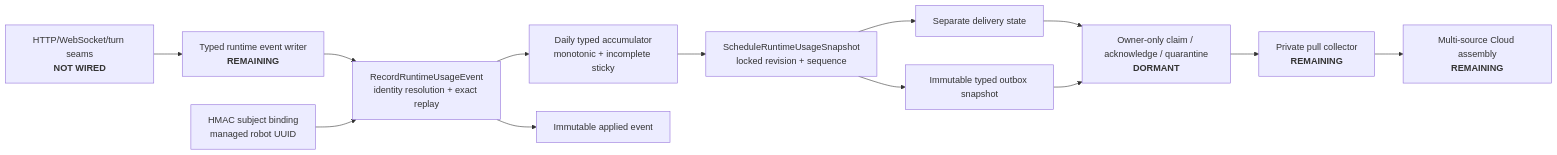
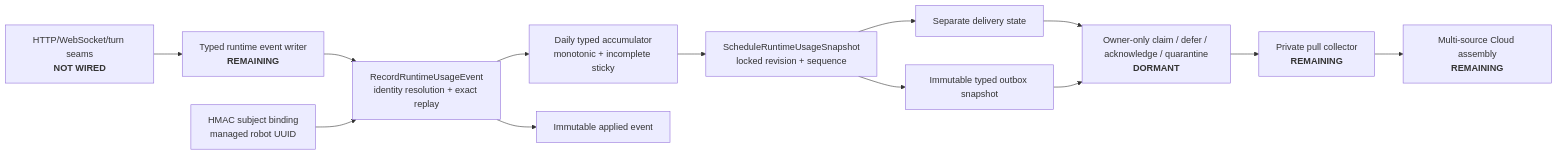
One commit to Jibo-Revival-Group/JiboExperiments changed the diagram in OpenJibo/docs/architecture/runtime-usage-outbox.md. Above: the diagram before and after it, drawn with Mermaid. The commit also changed other lines of this file and 3 other files, not shown here.

Commit message:
Add dormant runtime usage defer boundary

````diff
--- a/OpenJibo/docs/architecture/runtime-usage-outbox.md
+++ b/OpenJibo/docs/architecture/runtime-usage-outbox.md
@@ -8,24 +8,24 @@
 ```mermaid
 flowchart LR
     Runtime["HTTP/WebSocket/turn seams<br/><b>NOT WIRED</b>"]
     Writer["Typed runtime event writer<br/><b>REMAINING</b>"]
     Record["RecordRuntimeUsageEvent<br/>identity resolution + exact replay"]
     Binding["HMAC subject binding<br/>managed robot UUID"]
     Accumulator["Daily typed accumulator<br/>monotonic + incomplete sticky"]
     Receipt["Immutable applied event"]
     Schedule["ScheduleRuntimeUsageSnapshot<br/>locked revision + sequence"]
     Message["Immutable typed outbox snapshot"]
     Delivery["Separate delivery state"]
-    DeliveryApi["Owner-only claim / acknowledge / quarantine<br/><b>DORMANT</b>"]
+    DeliveryApi["Owner-only claim / defer / acknowledge / quarantine<br/><b>DORMANT</b>"]
     Collector["Private pull collector<br/><b>REMAINING</b>"]
     Assembly["Multi-source Cloud assembly<br/><b>REMAINING</b>"]
 
     Runtime --> Writer --> Record
     Binding --> Record
     Record --> Accumulator
     Record --> Receipt
     Accumulator --> Schedule
     Schedule --> Message
     Schedule --> Delivery --> DeliveryApi
     Message --> DeliveryApi --> Collector --> Assembly
 ```
````
